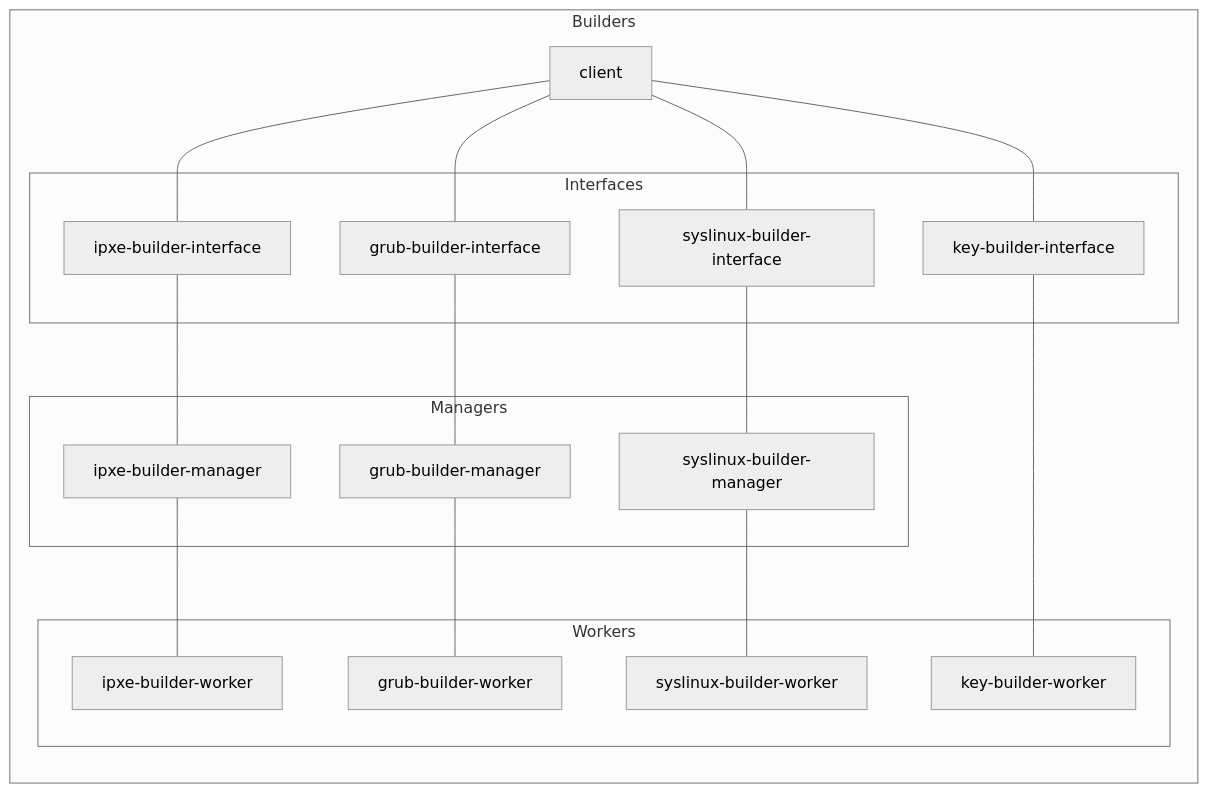
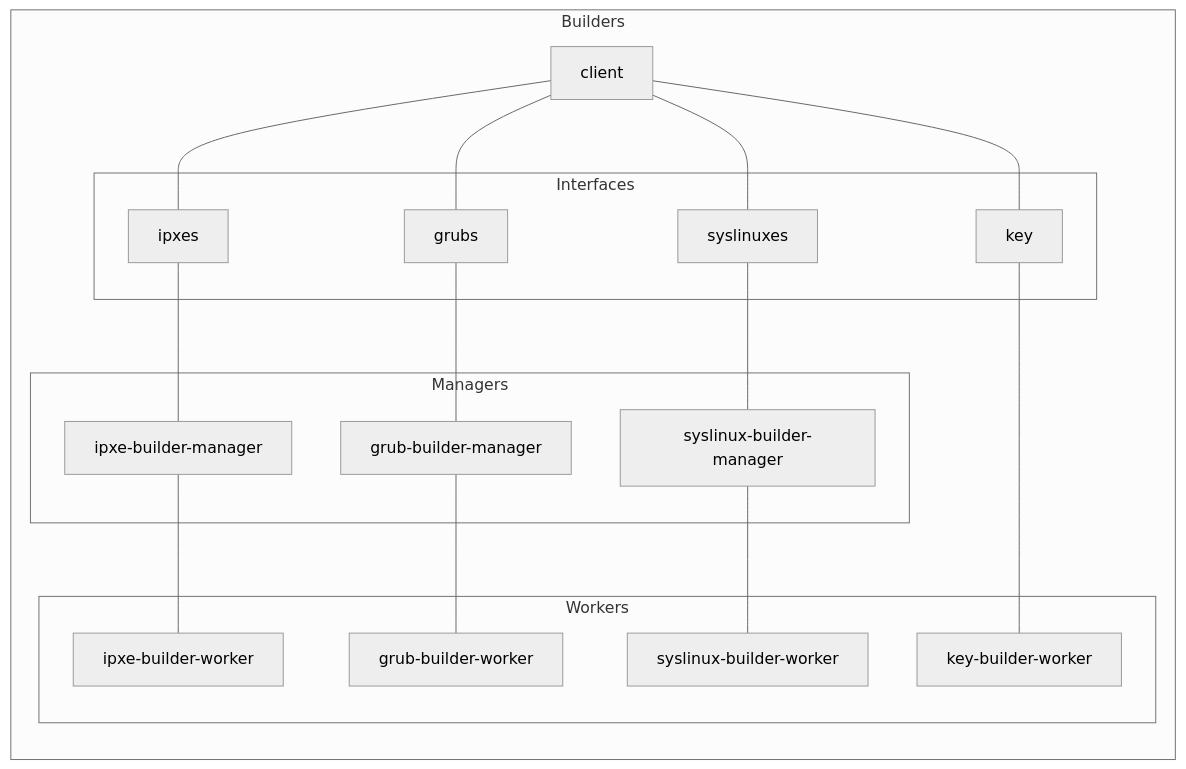
The first of 4 diagrams in src/2019/09/cluster-platform-new-architecture-diagram-overview.md (pojntfx/notes), drawn with Mermaid (neutral theme) before and after one commit. The commit also changed other lines of this file, not shown here.

Commit message:
refactor(notes): Add endpoints as interface names

````diff
--- a/src/2019/09/cluster-platform-new-architecture-diagram-overview.md
+++ b/src/2019/09/cluster-platform-new-architecture-diagram-overview.md
@@ -3,42 +7,42 @@
 ```mermaid
 graph LR
     subgraph Builders
         client
 
         subgraph Interfaces
-            ipxe-builder-interface
-            grub-builder-interface
-            syslinux-builder-interface
-            key-builder-interface
+            ipxe-builder-interface[ipxes]
+            grub-builder-interface[grubs]
+            syslinux-builder-interface[syslinuxes]
+            key-builder-interface[key]
         end
 
         subgraph Managers
             ipxe-builder-manager
             grub-builder-manager
             syslinux-builder-manager
         end
 
         subgraph Workers
             ipxe-builder-worker
             grub-builder-worker
             syslinux-builder-worker
             key-builder-worker
         end
 
         client --- ipxe-builder-interface
         client --- grub-builder-interface
         client --- syslinux-builder-interface
         client --- key-builder-interface
 
         ipxe-builder-interface --- ipxe-builder-manager
         ipxe-builder-manager --- ipxe-builder-worker
 
         grub-builder-interface --- grub-builder-manager
         grub-builder-manager --- grub-builder-worker
 
         syslinux-builder-interface --- syslinux-builder-manager
         syslinux-builder-manager --- syslinux-builder-worker
 
         key-builder-interface --- key-builder-worker
     end
 ```
````
